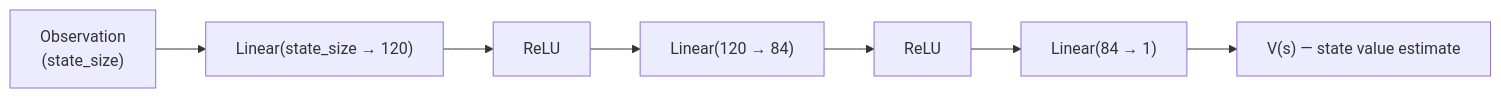
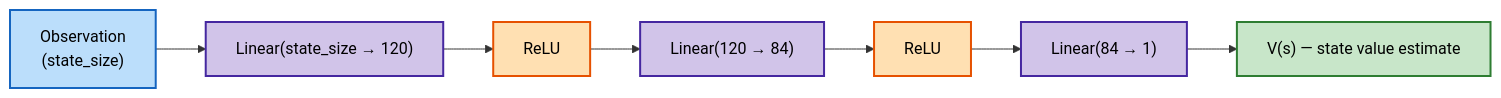
Before and after one commit to Open-Source-Robotics-For-Myanmar/rl: the second of 3 diagrams in rl_code/docker/05_vpg/README.md, drawn with Mermaid. The commit also changed other lines of this file and 1 other file, not shown here.

````diff
--- a/rl_code/docker/05_vpg/README.md
+++ b/rl_code/docker/05_vpg/README.md
@@ -20,9 +34,19 @@
 ```mermaid
 flowchart LR
     A["Observation<br/>(state_size)"] --> B["Linear(state_size → 120)"]
     B --> C["ReLU"]
     C --> D["Linear(120 → 84)"]
     D --> E["ReLU"]
     E --> F["Linear(84 → 1)"]
     F --> G["V(s)  — state value estimate"]
+
+    classDef inputStyle fill:#bbdefb,stroke:#1565c0,stroke-width:2px,color:#000
+    classDef layerStyle fill:#d1c4e9,stroke:#4527a0,stroke-width:2px,color:#000
+    classDef actStyle fill:#ffe0b2,stroke:#e65100,stroke-width:2px,color:#000
+    classDef outStyle fill:#c8e6c9,stroke:#2e7d32,stroke-width:2px,color:#000
+
+    class A inputStyle
+    class B,D,F layerStyle
+    class C,E actStyle
+    class G outStyle
 ```
````
